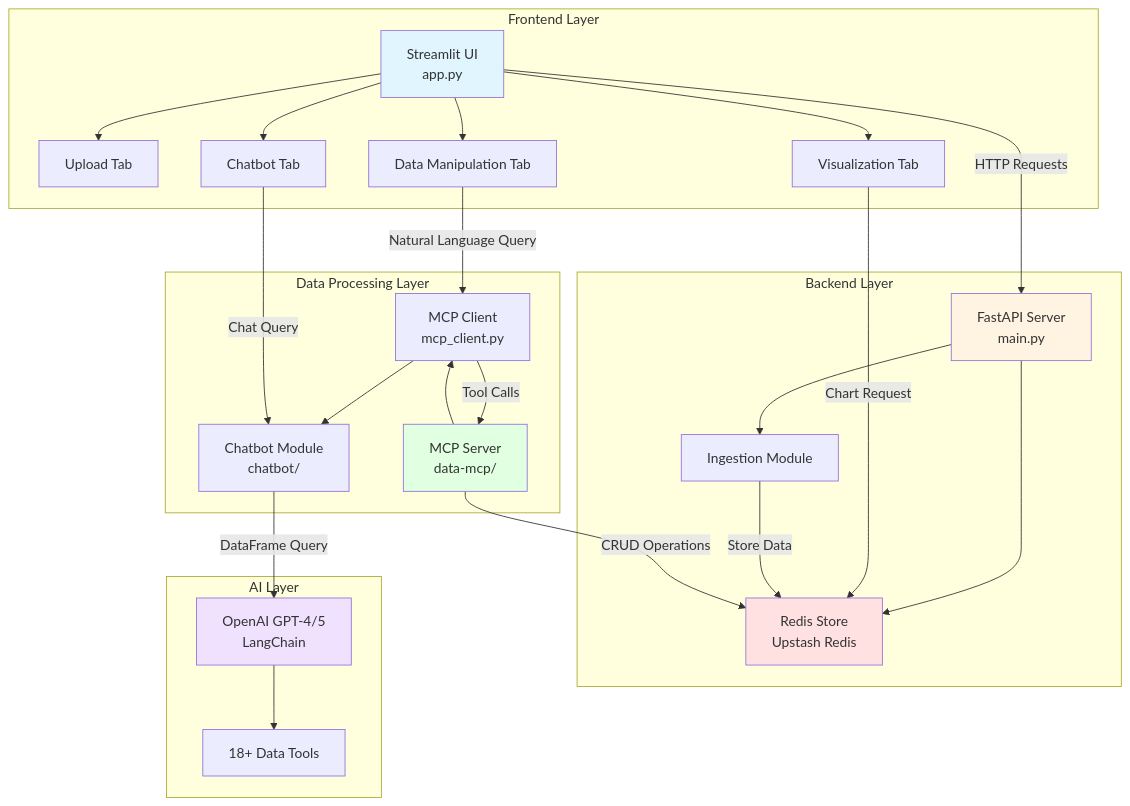
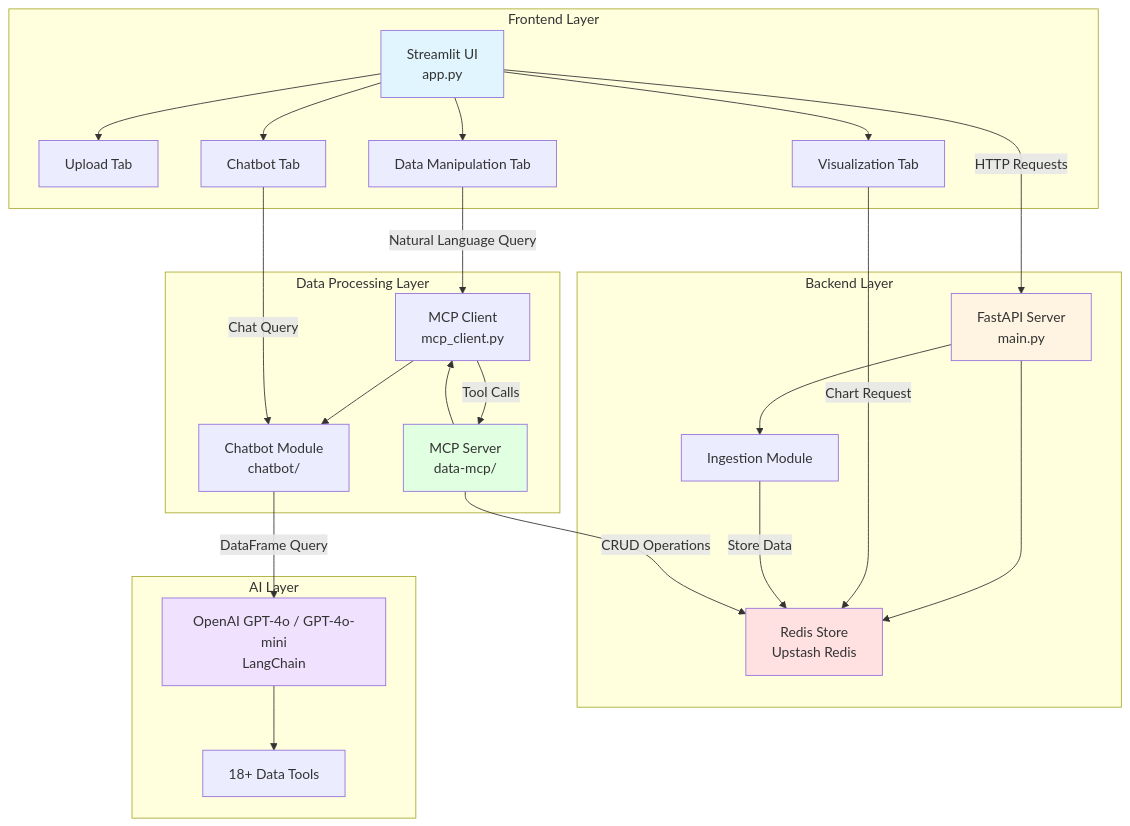
One commit to shivansh-2003/Data-Assistant changed the first of 9 diagrams in README.md. Above: the diagram before and after it, drawn with Mermaid. The commit also changed other lines of this file and 12 other files, not shown here.

````diff
--- a/README.md
+++ b/README.md
@@ -92,55 +92,55 @@
 ```mermaid
 graph TB
     subgraph "Frontend Layer"
         UI[Streamlit UI<br/>app.py]
         UT[Upload Tab]
         MT[Data Manipulation Tab]
         VT[Visualization Tab]
         CT[Chatbot Tab]
         
         UI --> UT
         UI --> MT
         UI --> VT
         UI --> CT
     end
     
     subgraph "Backend Layer"
         API[FastAPI Server<br/>main.py]
         ING[Ingestion Module]
         REDIS[Redis Store<br/>Upstash Redis]
         
         API --> ING
         API --> REDIS
     end
     
     subgraph "Data Processing Layer"
         MCP[MCP Server<br/>data-mcp/]
         MCPC[MCP Client<br/>mcp_client.py]
         BOT[Chatbot Module<br/>chatbot/]
         
         MCP --> MCPC
         MCPC --> BOT
     end
     
     subgraph "AI Layer"
-        LLM[OpenAI GPT-4/5<br/>LangChain]
+        LLM[OpenAI GPT-4o / GPT-4o-mini<br/>LangChain]
         TOOLS[18+ Data Tools]
         
         LLM --> TOOLS
     end
     
     UI -->|HTTP Requests| API
     MT -->|Natural Language Query| MCPC
     CT -->|Chat Query| BOT
     VT -->|Chart Request| REDIS
     ING -->|Store Data| REDIS
     MCPC -->|Tool Calls| MCP
     BOT -->|DataFrame Query| LLM
     MCP -->|CRUD Operations| REDIS
     
     style UI fill:#e1f5ff
     style API fill:#fff4e1
     style REDIS fill:#ffe1e1
     style MCP fill:#e1ffe1
     style LLM fill:#f0e1ff
 ```
````
